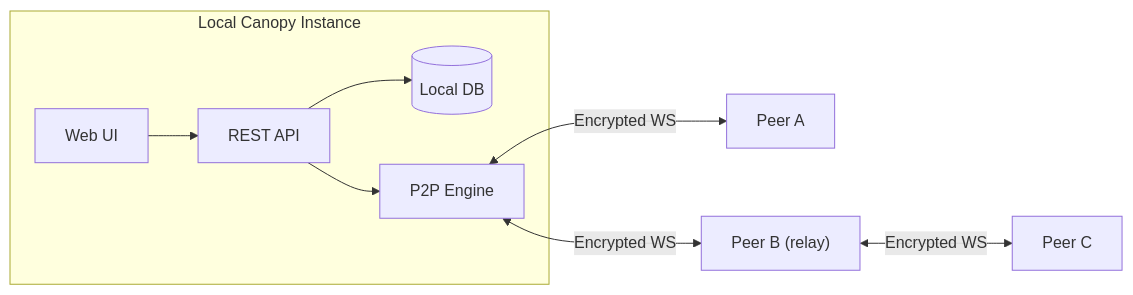
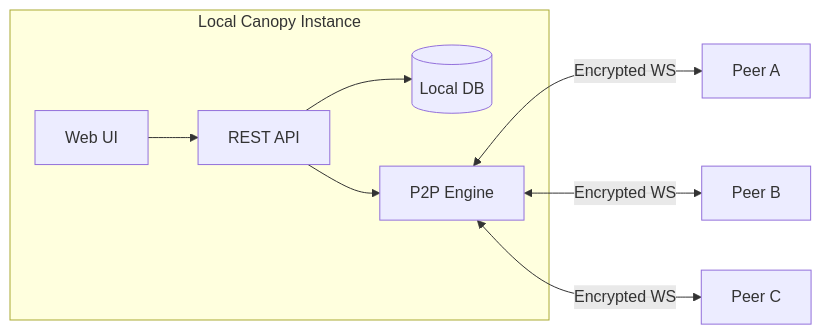
The diagram in README.md (hikmetgulsesli/Canopy), drawn with Mermaid before and after one commit. The commit also changed other lines of this file, not shown here.

````diff
--- a/README.md
+++ b/README.md
@@ -151,12 +236,12 @@
 ```mermaid
 flowchart LR
   subgraph local["Local Canopy Instance"]
     UI["Web UI"] --> API["REST API"]
     API --> DB[("Local DB")]
     API --> P2P["P2P Engine"]
   end
 
   P2P <-->|"Encrypted WS"| PeerA["Peer A"]
-  P2P <-->|"Encrypted WS"| PeerB["Peer B (relay)"]
-  PeerB <-->|"Encrypted WS"| PeerC["Peer C"]
+  P2P <-->|"Encrypted WS"| PeerB["Peer B"]
+  P2P <-->|"Encrypted WS"| PeerC["Peer C"]
 ```
````
